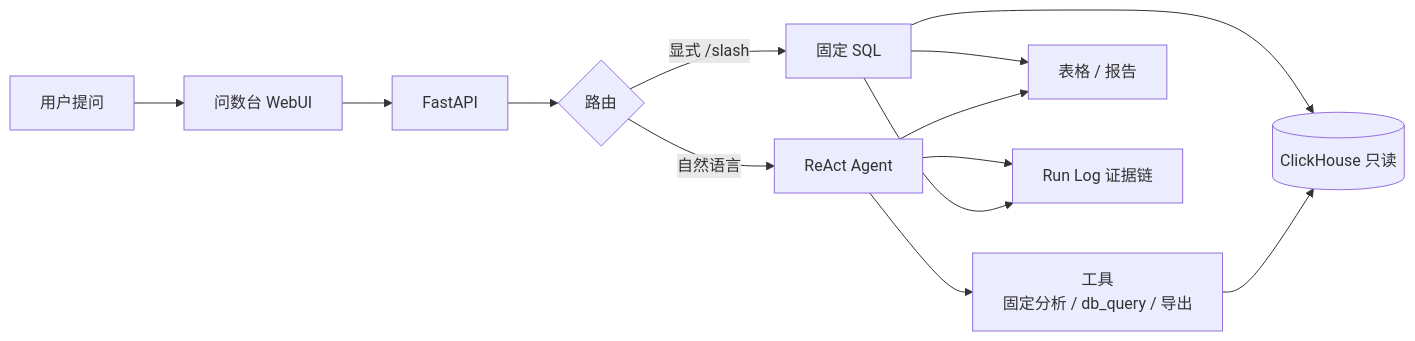
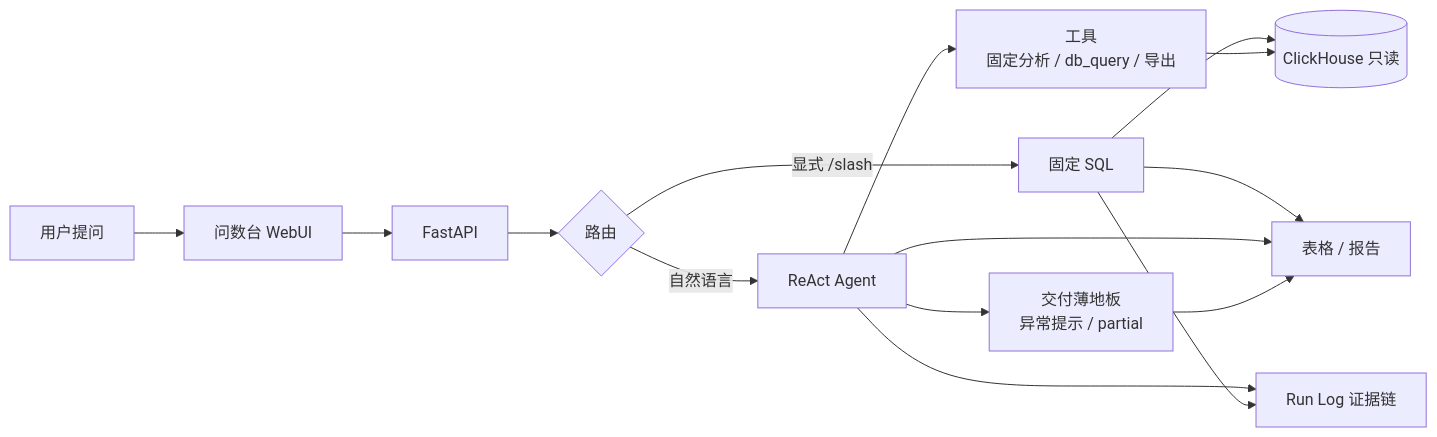
The diagram in README.md (Jehuty-ML/nl2sql-agent), drawn with Mermaid before and after one commit. The commit also changed other lines of this file, not shown here.

````diff
--- a/README.md
+++ b/README.md
@@ -54,15 +54,17 @@
 ```mermaid
 flowchart LR
   U[用户提问] --> UI[问数台 WebUI]
   UI --> API[FastAPI]
   API --> R{路由}
   R -->|显式 /slash| FX[固定 SQL]
   R -->|自然语言| AG[ReAct Agent]
   AG --> T[工具<br/>固定分析 / db_query / 导出]
   FX --> CH[(ClickHouse 只读)]
   T --> CH
   FX --> OUT[表格 / 报告]
   AG --> OUT
   AG --> LOG[Run Log 证据链]
   FX --> LOG
+  AG --> FL[交付薄地板<br/>异常提示 / partial]
+  FL --> OUT
 ```
````
